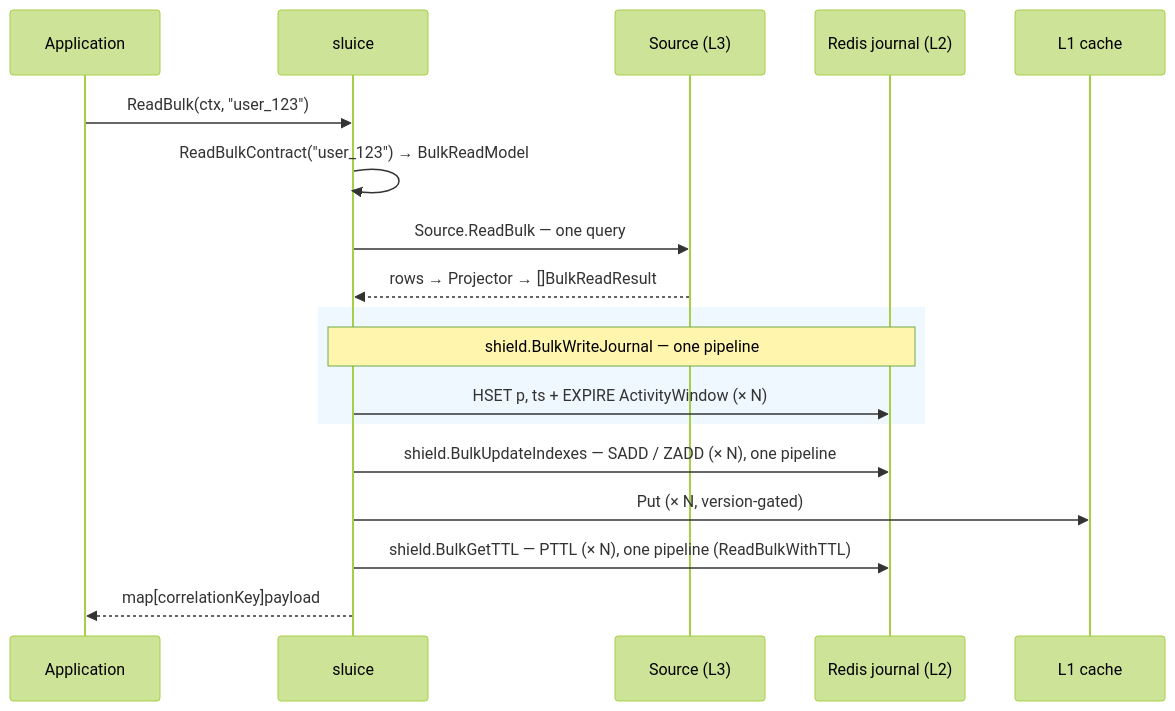
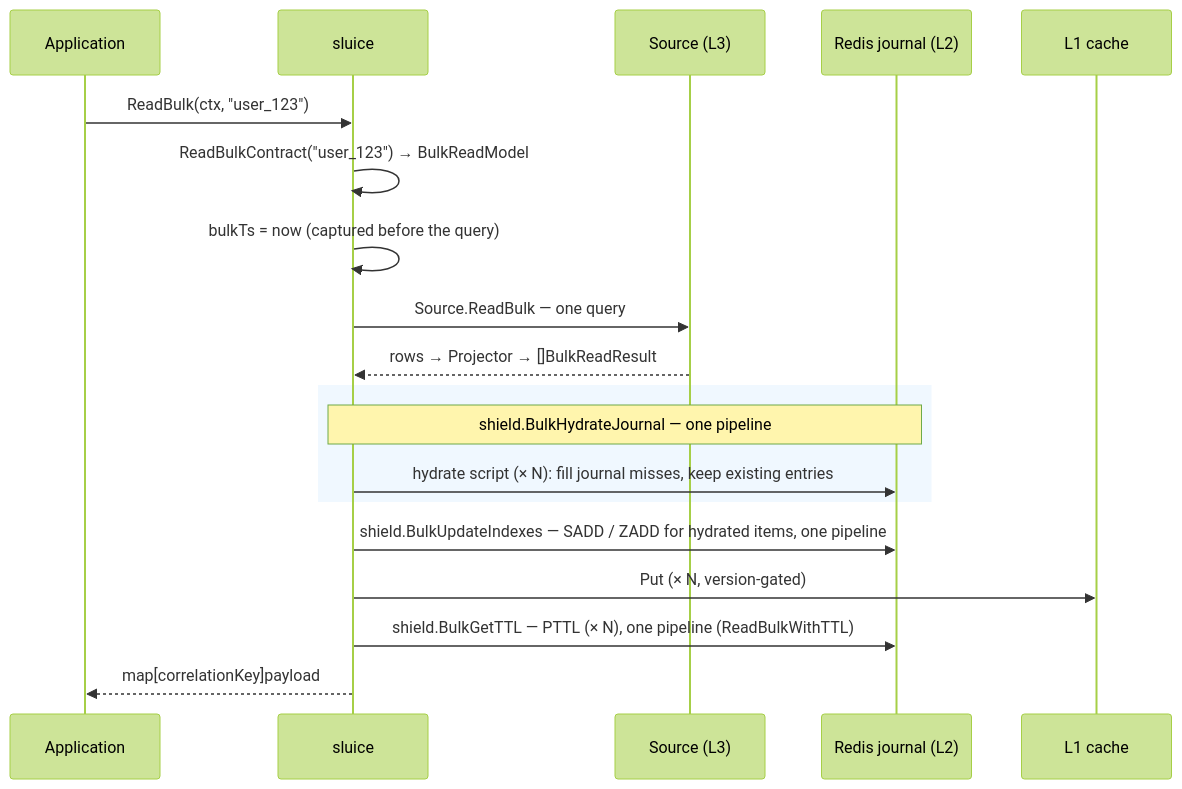
Diagram 11 of 16 in README.md (hussainpithawala/sluice-go), drawn with Mermaid (forest theme) before and after one commit. The commit also changed other lines of this file and 11 other files, not shown here.

First line of the commit message:
feat(shield): add hydration primitives for journal and bulk operations

````diff
--- a/README.md
+++ b/README.md
@@ -498,21 +511,22 @@
 ```mermaid
 sequenceDiagram
     participant A as Application
     participant S as sluice
     participant D as Source (L3)
     participant R as Redis journal (L2)
     participant L1 as L1 cache
 
     A->>S: ReadBulk(ctx, "user_123")
     S->>S: ReadBulkContract("user_123") → BulkReadModel
+    S->>S: bulkTs = now (captured before the query)
     S->>D: Source.ReadBulk — one query
     D-->>S: rows → Projector → []BulkReadResult
     rect rgb(240, 248, 255)
-        Note over S,R: shield.BulkWriteJournal — one pipeline
-        S->>R: HSET p, ts + EXPIRE ActivityWindow (× N)
+        Note over S,R: shield.BulkHydrateJournal — one pipeline
+        S->>R: hydrate script (× N): fill journal misses, keep existing entries
     end
-    S->>R: shield.BulkUpdateIndexes — SADD / ZADD (× N), one pipeline
+    S->>R: shield.BulkUpdateIndexes — SADD / ZADD for hydrated items, one pipeline
     S->>L1: Put (× N, version-gated)
     S->>R: shield.BulkGetTTL — PTTL (× N), one pipeline (ReadBulkWithTTL)
     S-->>A: map[correlationKey]payload
 ```
````
